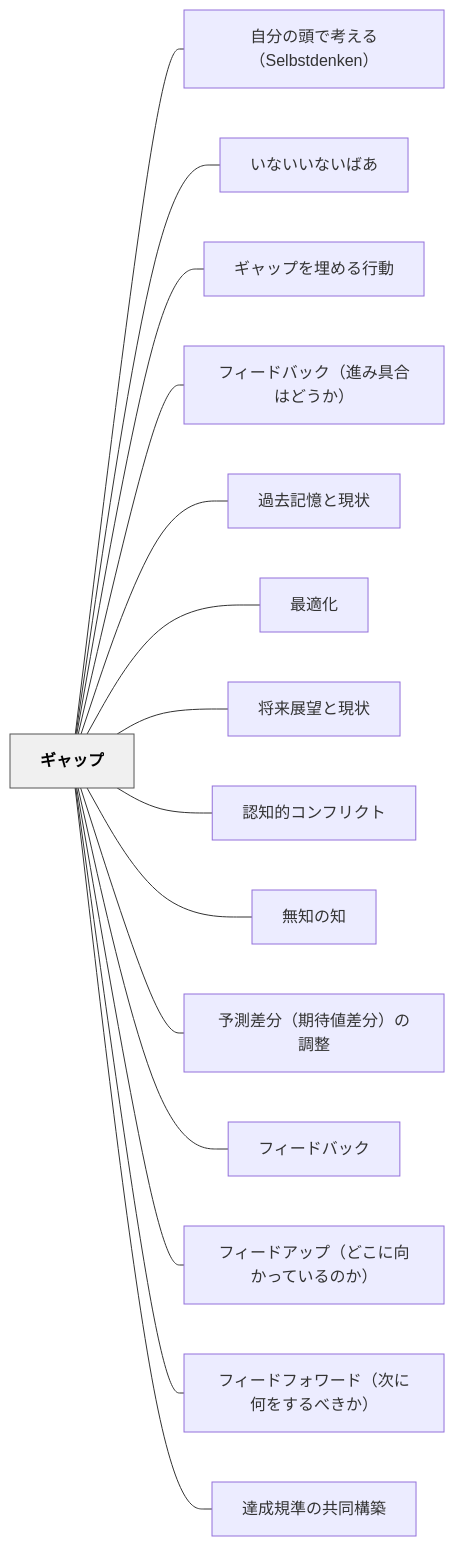
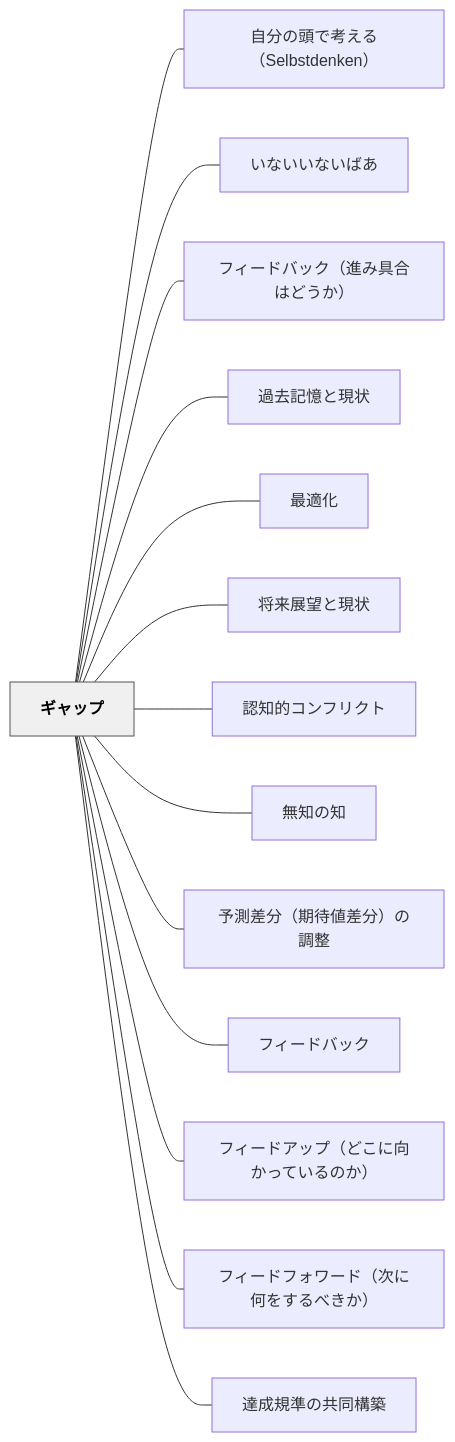
Before and after one commit to unknownthings-ed-patterns/unknownthings-ed-patterns: the diagram in content/パタン/ギャップ.md, drawn with Mermaid. The commit also changed other lines of this file and 5 other files, not shown here.

````diff
--- a/content/パタン/ギャップ.md
+++ b/content/パタン/ギャップ.md
@@ -61,36 +60,34 @@
 ```mermaid
 flowchart LR
     ne382aee383a3e38383e38397["ギャップ"]
     ne887aae58886e381aee9a0ade381a7e88083e38188e3828befbc8853656c62737464656e6b656eefbc89["自分の頭で考える（Selbstdenken）"]
     ne38184e381aae38184e38184e381aae38184e381b0e38182["いないいないばあ"]
-    ne382aee383a3e38383e38397e38292e59f8be38281e3828be8a18ce58b95["ギャップを埋める行動"]
     ne38395e382a3e383bce38389e38390e38383e382afefbc88e980b2e381bfe585b7e59088e381afe381a9e38186e3818befbc89["フィードバック（進み具合はどうか）"]
     ne9818ee58ebbe8a898e686b6e381a8e78fbee78ab6["過去記憶と現状"]
     ne69c80e981a9e58c96["最適化"]
     ne5b086e69da5e5b195e69c9be381a8e78fbee78ab6["将来展望と現状"]
     ne8aa8de79fa5e79a84e382b3e383b3e38395e383aae382afe38388["認知的コンフリクト"]
     ne784a1e79fa5e381aee79fa5["無知の知"]
     ne4ba88e6b8ace5b7aee58886efbc88e69c9fe5be85e580a4e5b7aee58886efbc89e381aee8aabfe695b4["予測差分（期待値差分）の調整"]
     ne38395e382a3e383bce38389e38390e38383e382af["フィードバック"]
     ne38395e382a3e383bce38389e382a2e38383e38397efbc88e381a9e38193e381abe59091e3818be381a3e381a6e38184e3828be381aee3818befbc89["フィードアップ（どこに向かっているのか）"]
     ne38395e382a3e383bce38389e38395e382a9e383afe383bce38389efbc88e6aca1e381abe4bd95e38292e38199e3828be381b9e3818de3818befbc89["フィードフォワード（次に何をするべきか）"]
     ne98194e68890e8a68fe6ba96e381aee585b1e5908ce6a78be7af89["達成規準の共同構築"]
 
     ne382aee383a3e38383e38397 --- ne887aae58886e381aee9a0ade381a7e88083e38188e3828befbc8853656c62737464656e6b656eefbc89
     ne382aee383a3e38383e38397 --- ne38184e381aae38184e38184e381aae38184e381b0e38182
-    ne382aee383a3e38383e38397 --- ne382aee383a3e38383e38397e38292e59f8be38281e3828be8a18ce58b95
     ne382aee383a3e38383e38397 --- ne38395e382a3e383bce38389e38390e38383e382afefbc88e980b2e381bfe585b7e59088e381afe381a9e38186e3818befbc89
     ne382aee383a3e38383e38397 --- ne9818ee58ebbe8a898e686b6e381a8e78fbee78ab6
     ne382aee383a3e38383e38397 --- ne69c80e981a9e58c96
     ne382aee383a3e38383e38397 --- ne5b086e69da5e5b195e69c9be381a8e78fbee78ab6
     ne382aee383a3e38383e38397 --- ne8aa8de79fa5e79a84e382b3e383b3e38395e383aae382afe38388
     ne382aee383a3e38383e38397 --- ne784a1e79fa5e381aee79fa5
     ne382aee383a3e38383e38397 --- ne4ba88e6b8ace5b7aee58886efbc88e69c9fe5be85e580a4e5b7aee58886efbc89e381aee8aabfe695b4
     ne382aee383a3e38383e38397 --- ne38395e382a3e383bce38389e38390e38383e382af
     ne382aee383a3e38383e38397 --- ne38395e382a3e383bce38389e382a2e38383e38397efbc88e381a9e38193e381abe59091e3818be381a3e381a6e38184e3828be381aee3818befbc89
     ne382aee383a3e38383e38397 --- ne38395e382a3e383bce38389e38395e382a9e383afe383bce38389efbc88e6aca1e381abe4bd95e38292e38199e3828be381b9e3818de3818befbc89
     ne382aee383a3e38383e38397 --- ne98194e68890e8a68fe6ba96e381aee585b1e5908ce6a78be7af89
 
     classDef hub fill:#f0f0f0,stroke:#555,color:#000,font-weight:bold
     class ne382aee383a3e38383e38397 hub
 ```
````
